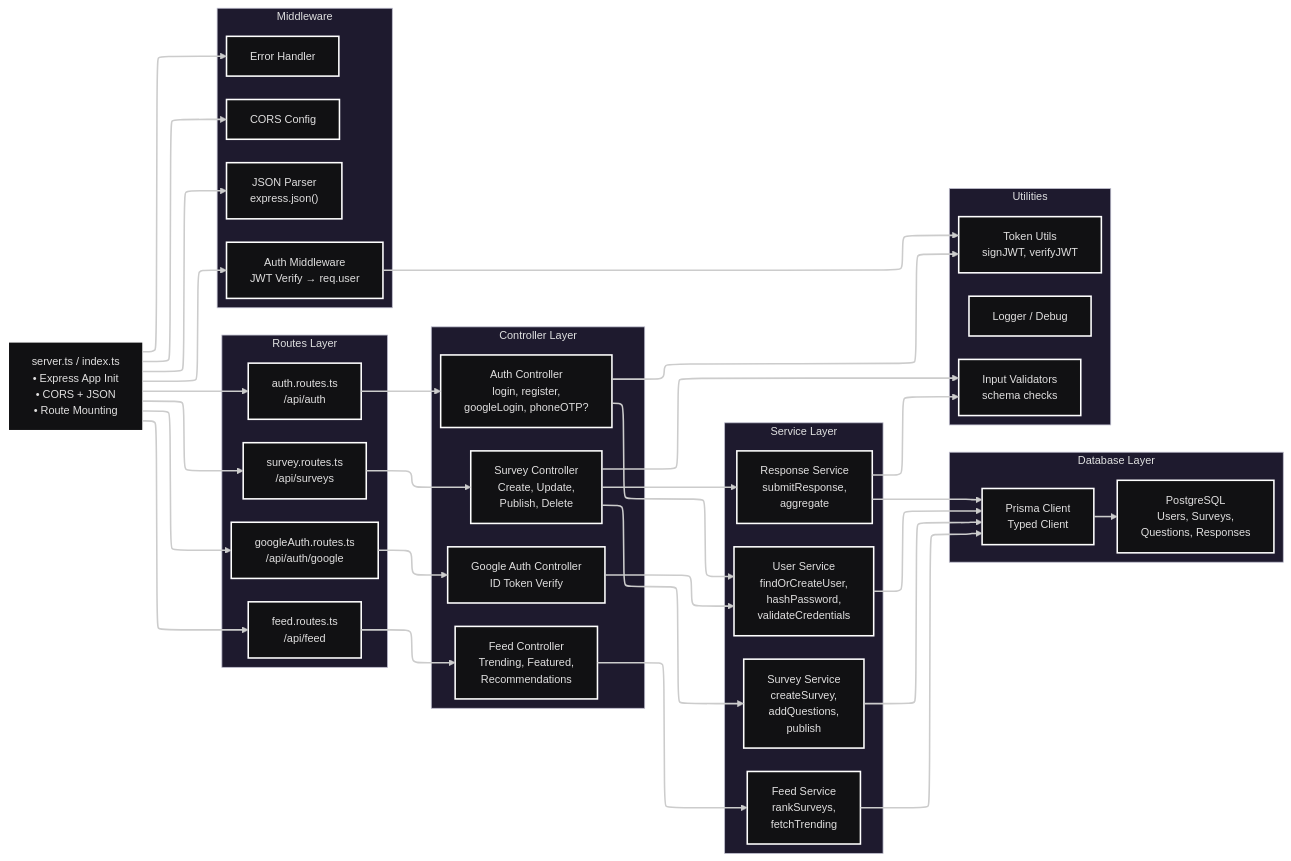
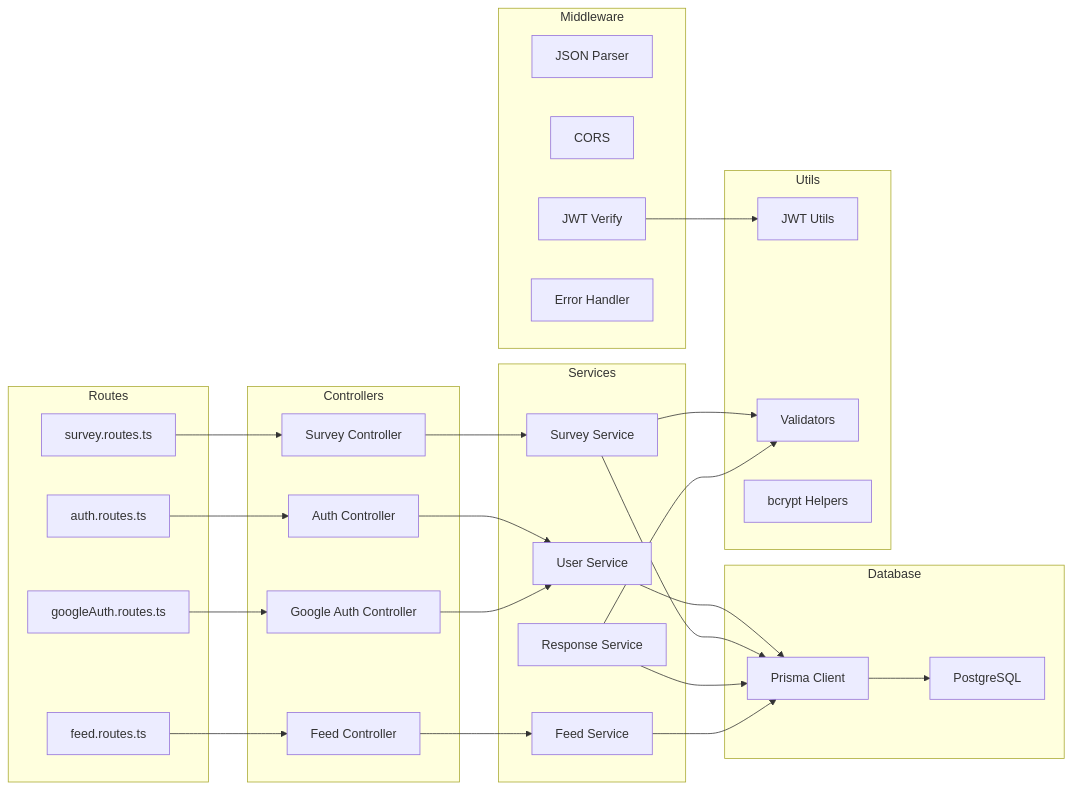
The ninth of 9 diagrams in README.md (MrCh0p808/StatWoX), drawn with Mermaid before and after one commit. The commit also changed other lines of this file, not shown here.

````diff
--- a/README.md
+++ b/README.md
@@ -506,56 +519,57 @@
 ```mermaid
----
-config:
-  theme: redux-dark
-  layout: elk
----
 flowchart LR
- subgraph ROUTES["Routes Layer"]
-        AuthRoute["auth.routes.ts<br>/api/auth"]
-        GoogleRoute["googleAuth.routes.ts<br>/api/auth/google"]
-        SurveyRoute["survey.routes.ts<br>/api/surveys"]
-        FeedRoute["feed.routes.ts<br>/api/feed"]
+ subgraph ROUTES["Routes"]
+        AuthRoute["auth.routes.ts"]
+        GoogleRoute["googleAuth.routes.ts"]
+        SurveyRoute["survey.routes.ts"]
+        FeedRoute["feed.routes.ts"]
   end
- subgraph CONTROLLERS["Controller Layer"]
-        AuthCtrl["Auth Controller<br>login, register,<br>googleLogin, phoneOTP?"]
-        GoogleCtrl["Google Auth Controller<br>ID Token Verify"]
-        SurveyCtrl["Survey Controller<br>Create, Update,<br>Publish, Delete"]
-        FeedCtrl["Feed Controller<br>Trending, Featured,<br>Recommendations"]
+ subgraph CTRL["Controllers"]
+        AuthCtrl["Auth Controller"]
+        GoogleCtrl["Google Auth Controller"]
+        SurveyCtrl["Survey Controller"]
+        FeedCtrl["Feed Controller"]
   end
- subgraph SERVICES["Service Layer"]
-        UserService["User Service<br>findOrCreateUser,<br>hashPassword,<br>validateCredentials"]
-        SurveyService["Survey Service<br>createSurvey,<br>addQuestions,<br>publish"]
-        ResponseService["Response Service<br>submitResponse,<br>aggregate"]
-        FeedService["Feed Service<br>rankSurveys,<br>fetchTrending"]
+ subgraph SERVICES["Services"]
+        UserService["User Service"]
+        SurveyService["Survey Service"]
+        ResponseService["Response Service"]
+        FeedService["Feed Service"]
   end
  subgraph MIDDLEWARE["Middleware"]
-        JSONMW["JSON Parser<br>express.json()"]
-        CORSMW["CORS Config"]
-        AuthMW["Auth Middleware<br>JWT Verify → req.user"]
+        JSONMW["JSON Parser"]
+        CORSMW["CORS"]
+        AuthMW["JWT Verify"]
         ErrorMW["Error Handler"]
   end
- subgraph DATABASE["Database Layer"]
-        Prisma["Prisma Client<br>Typed Client"]
-        Postgres["PostgreSQL<br>Users, Surveys,<br>Questions, Responses"]
+ subgraph DB["Database"]
+        Prisma["Prisma Client"]
+        Postgres["PostgreSQL"]
   end
- subgraph UTILS["Utilities"]
-        TokenUtil["Token Utils<br>signJWT, verifyJWT"]
-        Validator["Input Validators<br>schema checks"]
-        Logger["Logger / Debug"]
+ subgraph UTILS["Utils"]
+        TokenUtil["JWT Utils"]
+        Validator["Validators"]
+        Crypto["bcrypt Helpers"]
   end
-    App["server.ts / index.ts<br>• Express App Init<br>• CORS + JSON<br>• Route Mounting"] --> JSONMW & CORSMW & AuthMW & AuthRoute & GoogleRoute & SurveyRoute & FeedRoute & ErrorMW
+
     AuthRoute --> AuthCtrl
     GoogleRoute --> GoogleCtrl
     SurveyRoute --> SurveyCtrl
     FeedRoute --> FeedCtrl
-    AuthCtrl --> UserService & TokenUtil
+
+    AuthCtrl --> UserService
     GoogleCtrl --> UserService
-    SurveyCtrl --> SurveyService & ResponseService & Validator
+    SurveyCtrl --> SurveyService
     FeedCtrl --> FeedService
+
     UserService --> Prisma
     SurveyService --> Prisma
-    ResponseService --> Prisma & Validator
+    ResponseService --> Prisma
     FeedService --> Prisma
+
     Prisma --> Postgres
+
     AuthMW --> TokenUtil
+    SurveyService --> Validator
+    ResponseService --> Validator
 ```
````
